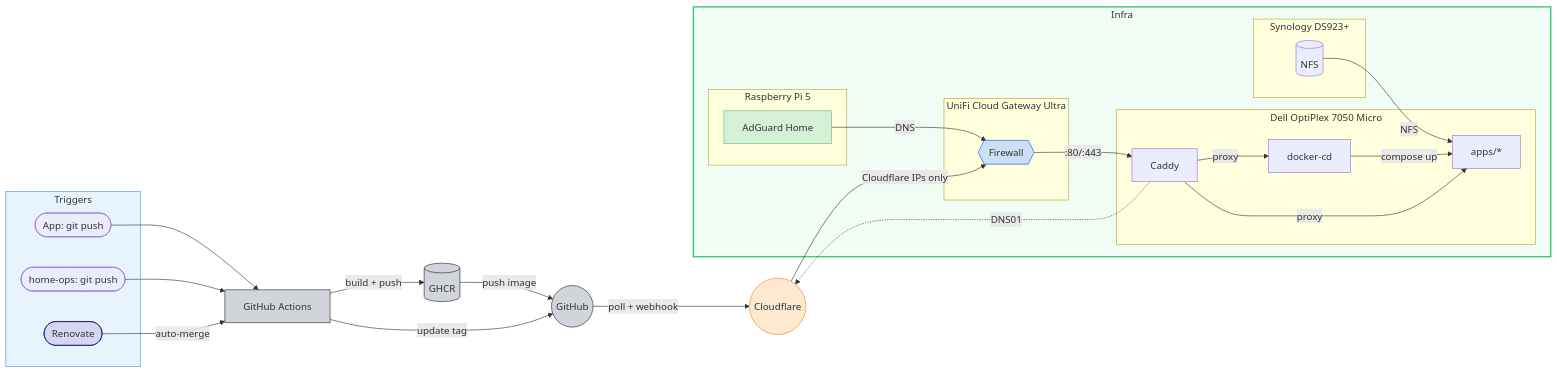
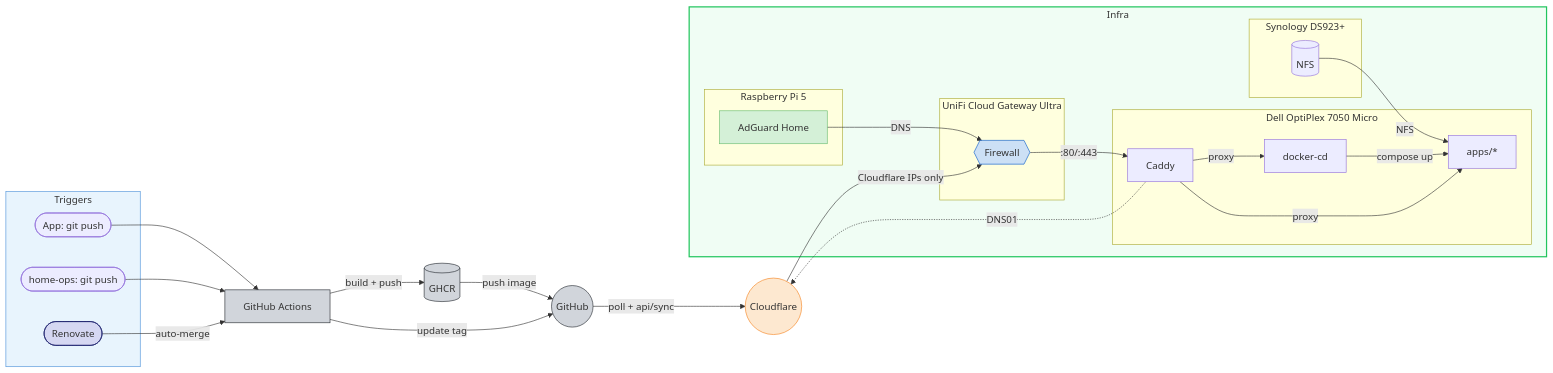
Before and after one commit to wajeht/home-ops: the diagram in README.md, drawn with Mermaid.

Commit message:
docs: clarify github sync process in flowchart

````diff
--- a/README.md
+++ b/README.md
@@ -16,49 +16,49 @@
 ```mermaid
 flowchart LR
     subgraph triggers[Triggers]
         app_push([App: git push])
         ops_push([home-ops: git push])
         renovate([Renovate])
     end
 
     app_push --> ci[GitHub Actions] -->|build + push| ghcr[(GHCR)]
     ghcr -->|push image| github((GitHub))
     ci -->|update tag| github
     ops_push --> ci
     renovate -->|auto-merge| ci
-    github -->|poll + webhook| cf((Cloudflare)) -->|Cloudflare IPs only| unifi -->|:80/:443| caddy -->|proxy| docker_cd
+    github -->|poll + api/sync | cf((Cloudflare)) -->|Cloudflare IPs only| unifi -->|:80/:443| caddy -->|proxy| docker_cd
 
     subgraph infra[Infra]
         subgraph dell[Dell OptiPlex 7050 Micro]
             docker_cd[docker-cd] -->|compose up| apps[apps/*]
             caddy[Caddy] -->|proxy| apps
         end
 
         subgraph nas[Synology DS923+]
             nfs[(NFS)]
         end
 
         subgraph ucg[UniFi Cloud Gateway Ultra]
             unifi{{Firewall}}
         end
 
         subgraph pi[Raspberry Pi 5]
             adguard[AdGuard Home]
         end
 
         nfs -->|NFS| apps
         adguard -->|DNS| unifi
     end
 
     caddy -.->|DNS01| cf
 
     style triggers fill:#e8f4fd,stroke:#4a90d9
     style infra fill:#f0fdf4,stroke:#22c55e,stroke-width:2px
     style cf fill:#fde8d0,stroke:#f6821f,color:#333
     style github fill:#d1d5db,stroke:#24292e,color:#333
     style ghcr fill:#d1d5db,stroke:#24292e,color:#333
     style ci fill:#d1d5db,stroke:#24292e,color:#333
     style renovate fill:#d5d7f2,stroke:#1a1f6c,color:#333
     style adguard fill:#d4f0d7,stroke:#68bc71,color:#333
     style unifi fill:#cce0f5,stroke:#0559c9,color:#333
 ```
````
